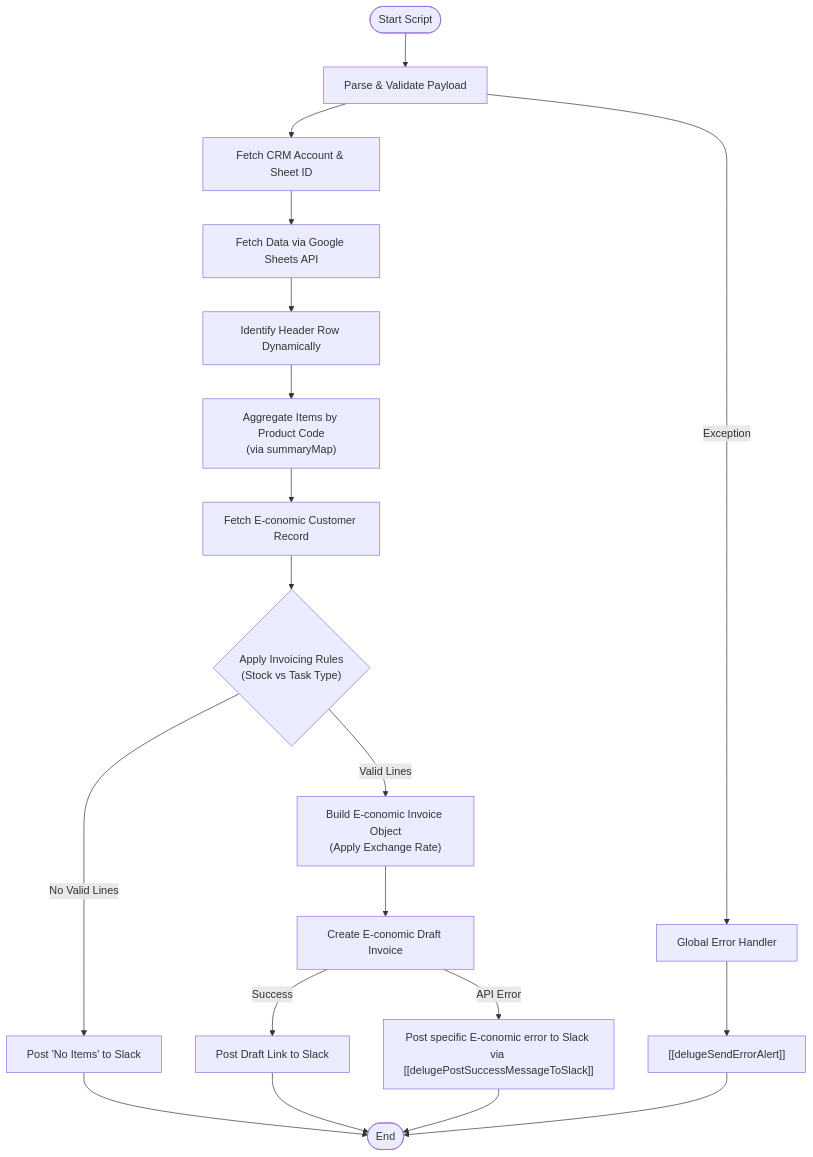
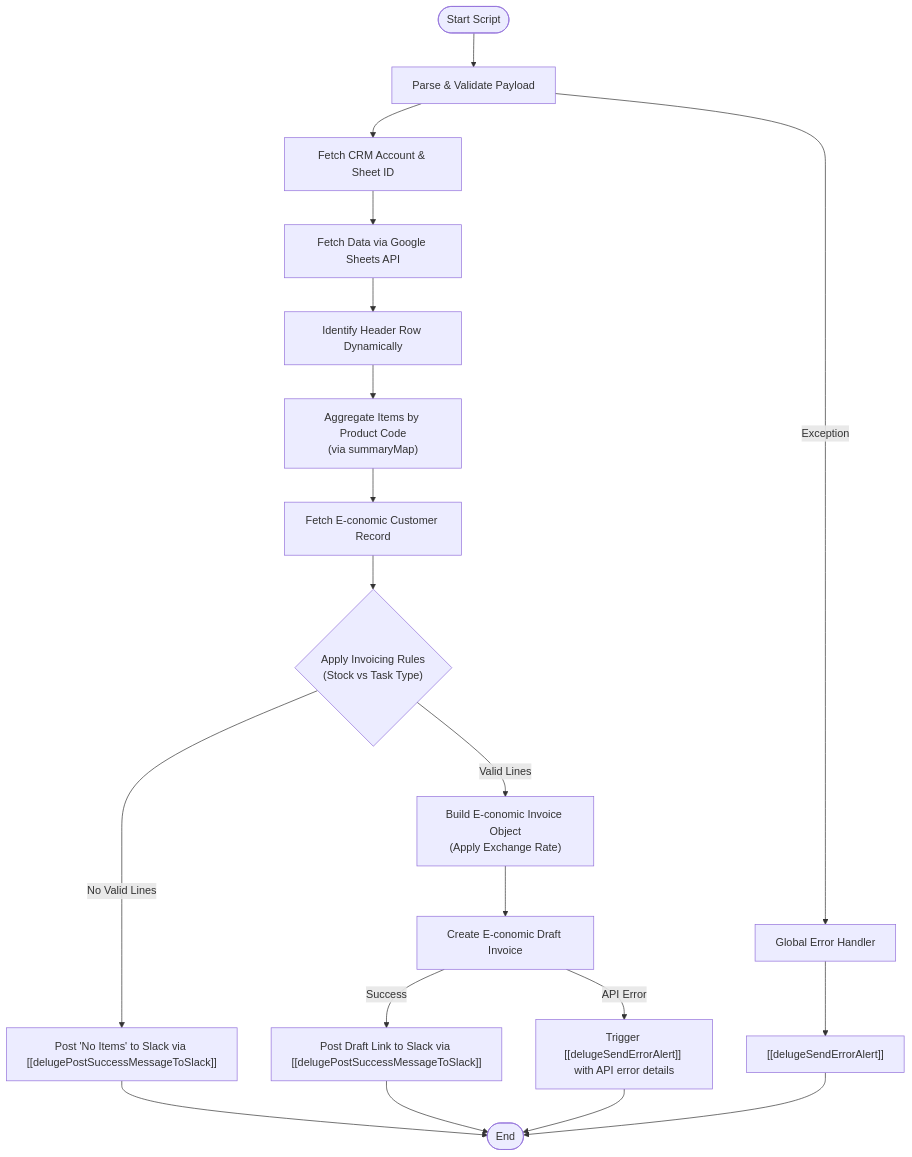
One commit to martinkp93/zoho-scripts changed the diagram in Revenue and Finance/Invoicing Automation/Draft Invoicing Handler/delugeProcessRenewalsOrNewSalesForInvoicingV2.md. Above: the diagram before and after it, drawn with Mermaid. The commit also changed other lines of this file, not shown here.

Commit message:
Update delugeProcessRenewalsOrNewSalesForInvoicingV2.md docs via DeluluDocu

````diff
--- a/Revenue and Finance/Invoicing Automation/Draft Invoicing Handler/delugeProcessRenewalsOrNewSalesForInvoicingV2.md
+++ b/Revenue and Finance/Invoicing Automation/Draft Invoicing Handler/delugeProcessRenewalsOrNewSalesForInvoicingV2.md
@@ -36,25 +36,25 @@
 ```mermaid
 graph TD
     Start(["Start Script"]) --> Parse["Parse & Validate Payload"]
     Parse --> GetCRM["Fetch CRM Account & Sheet ID"]
     GetCRM --> FetchSheet["Fetch Data via Google Sheets API"]
     FetchSheet --> FindHeaders["Identify Header Row Dynamically"]
     FindHeaders --> Agg["Aggregate Items by Product Code<br/>(via summaryMap)"]
     Agg --> GetEcon["Fetch E-conomic Customer Record"]
     GetEcon --> Rules{"Apply Invoicing Rules<br/>(Stock vs Task Type)"}
     
     Rules -- "Valid Lines" --> Build["Build E-conomic Invoice Object<br/>(Apply Exchange Rate)"]
-    Rules -- "No Valid Lines" --> SlackEmpty["Post 'No Items' to Slack"]
+    Rules -- "No Valid Lines" --> SlackEmpty["Post 'No Items' to Slack via [[delugePostSuccessMessageToSlack]]"]
     
     Build --> CreateDraft["Create E-conomic Draft Invoice"]
-    CreateDraft -- "Success" --> SlackSuccess["Post Draft Link to Slack"]
-    CreateDraft -- "API Error" --> SlackErrSpecific["Post specific E-conomic error to Slack via [[delugePostSuccessMessageToSlack]]"]
+    CreateDraft -- "Success" --> SlackSuccess["Post Draft Link to Slack via [[delugePostSuccessMessageToSlack]]"]
+    CreateDraft -- "API Error" --> EconErrAlert["Trigger [[delugeSendErrorAlert]] with API error details"]
     
     SlackEmpty --> End(["End"])
     SlackSuccess --> End
-    SlackErrSpecific --> End
+    EconErrAlert --> End
     
     Parse -- "Exception" --> HandleError["Global Error Handler"]
     HandleError --> SlackErr["[[delugeSendErrorAlert]]"]
     SlackErr --> End
 ```
````
